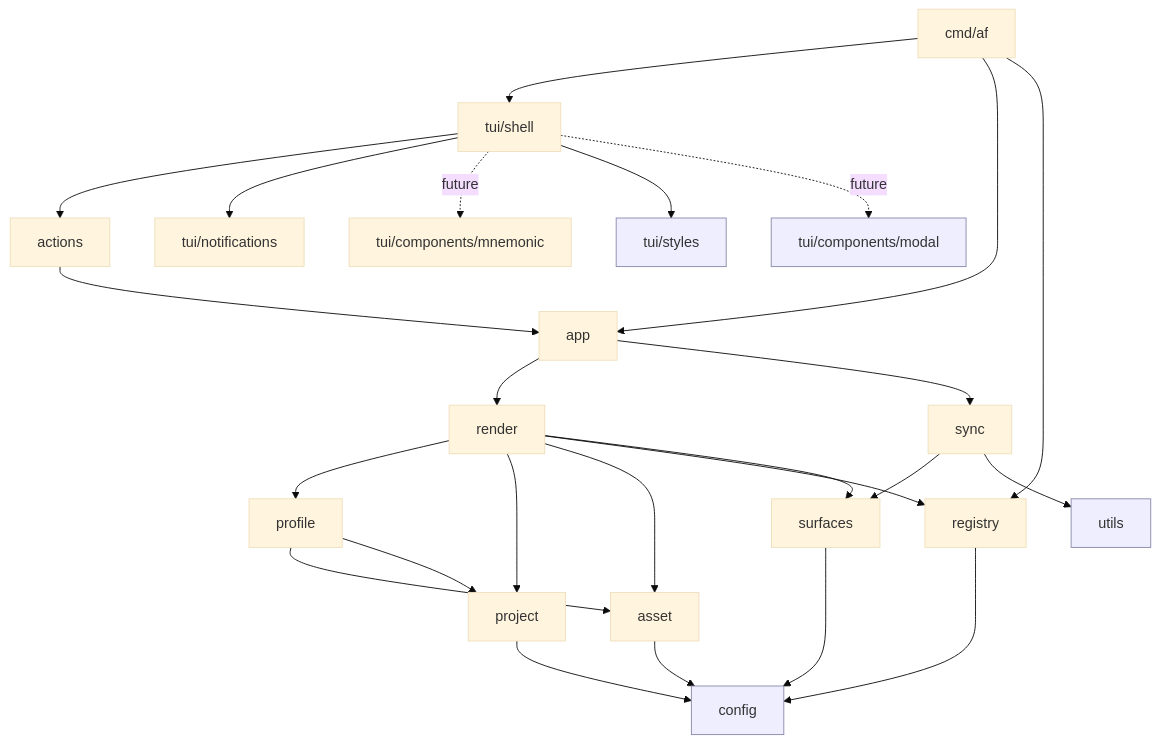
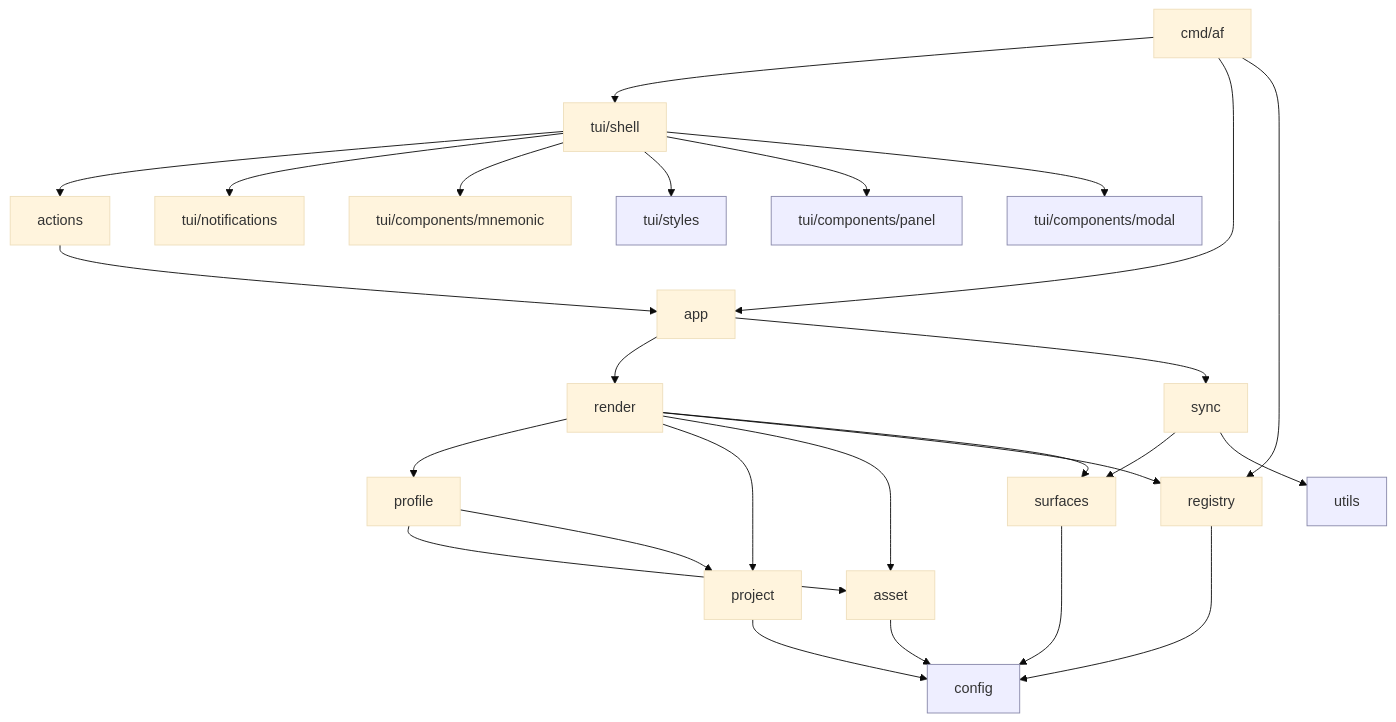
Before and after one commit to Hexworks/agentfiles: the diagram in docs/architecture/05-building-block-view.md, drawn with Mermaid (base theme). The commit also changed other lines of this file and 10 other files, not shown here.

````diff
--- a/docs/architecture/05-building-block-view.md
+++ b/docs/architecture/05-building-block-view.md
@@ -8,30 +8,31 @@
 ```mermaid
 flowchart TD
     cmdaf["cmd/af"] --> tui_shell["tui/shell"]
     cmdaf --> app
     cmdaf --> registry
     tui_shell --> actions
     tui_shell --> tui_notifications["tui/notifications"]
-    tui_shell -.future.-> tui_mnemonic["tui/components/mnemonic"]
+    tui_shell --> tui_mnemonic["tui/components/mnemonic"]
     tui_shell --> tui_styles["tui/styles"]
+    tui_shell --> tui_components_panel["tui/components/panel"]
     actions --> app
     app --> render
     app --> sync
     render --> profile
     render --> project
     render --> asset
     render --> registry
     render --> surfaces
     sync --> surfaces
     sync --> utils
     profile --> asset
     profile --> project
     asset --> config
     project --> config
     registry --> config
     surfaces --> config
-    tui_shell -.future.-> tui_components_modal["tui/components/modal"]
+    tui_shell --> tui_components_modal["tui/components/modal"]
 
     classDef leaf fill:#eef,stroke:#88a;
-    class config,errs,utils,tui_components_modal,tui_styles leaf;
+    class config,errs,utils,tui_components_modal,tui_styles,tui_components_panel leaf;
 ```
````
